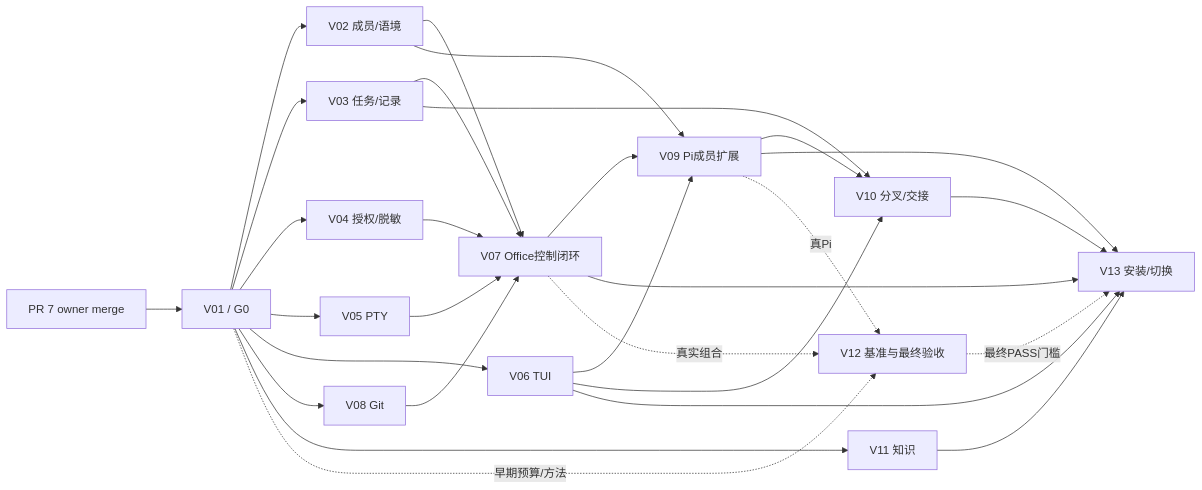
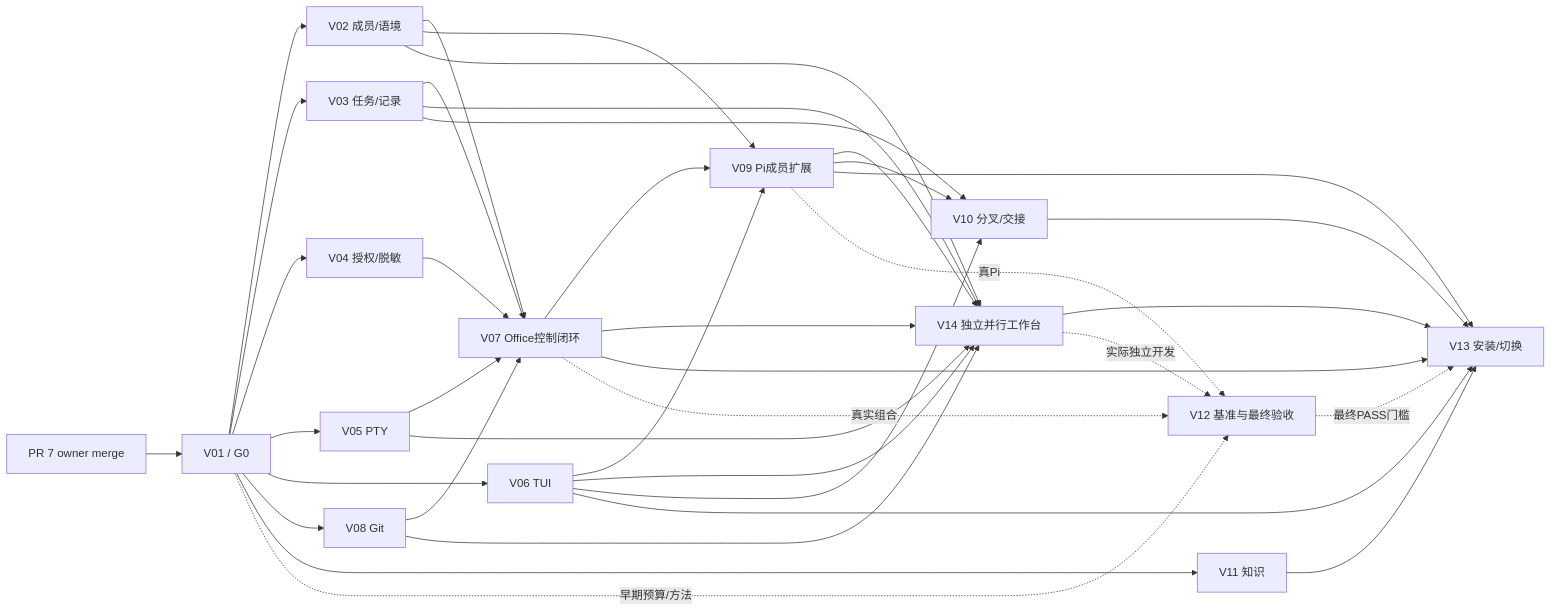
One commit to zuohaisu/viva changed the diagram in docs/implementation/rust-office-rollout.md. Above: the diagram before and after it, drawn with Mermaid. The commit also changed other lines of this file and 8 other files, not shown here.

````diff
--- a/docs/implementation/rust-office-rollout.md
+++ b/docs/implementation/rust-office-rollout.md
@@ -63,31 +71,40 @@
 ```mermaid
 flowchart LR
   D[PR 7 owner merge] --> A[V01 / G0]
   A --> B[V02 成员/语境]
   A --> C[V03 任务/记录]
   A --> E[V04 授权/脱敏]
   A --> F[V05 PTY]
   A --> U[V06 TUI]
   A --> G[V08 Git]
   A --> K[V11 知识]
   B --> O[V07 Office控制闭环]
   C --> O
   E --> O
   F --> O
   G --> O
   O --> P[V09 Pi成员扩展]
   B --> P
   U --> P
+  O --> W[V14 独立并行工作台]
+  U --> W
+  G --> W
+  P --> W
+  B --> W
+  C --> W
+  F --> W
+  W --> I
+  W -. 实际独立开发 .-> T
   P --> S[V10 分叉/交接]
   C --> S
   U --> S
   O --> I[V13 安装/切换]
   U --> I
   P --> I
   S --> I
   K --> I
   A -. 早期预算/方法 .-> T[V12 基准与最终验收]
   O -. 真实组合 .-> T
   P -. 真Pi .-> T
   T -. 最终PASS门槛 .-> I
 ```
````
